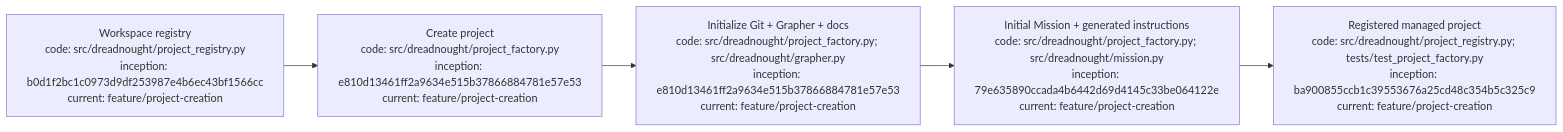
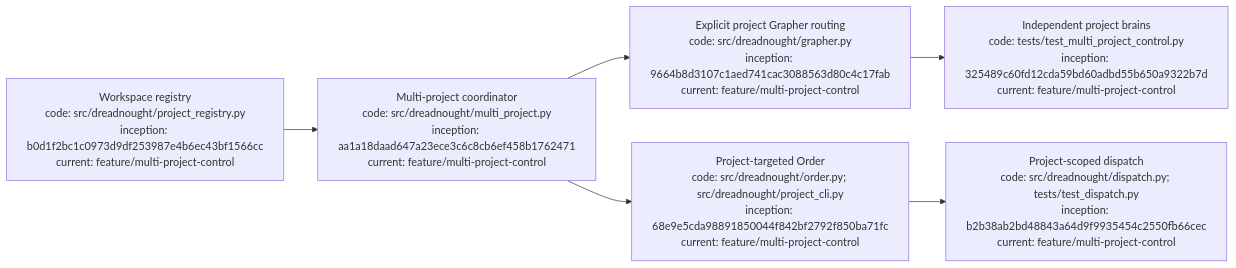
The diagram in docs/PROJECTS.md (seanbman/dreadnought), drawn with Mermaid before and after one commit. The commit also changed other lines of this file, not shown here.

Commit message:
docs: document synchronous multi-project control

````diff
--- a/docs/PROJECTS.md
+++ b/docs/PROJECTS.md
@@ -77,7 +111,8 @@
 ```mermaid
 flowchart LR
-    W["Workspace registry\ncode: src/dreadnought/project_registry.py\ninception: b0d1f2bc1c0973d9df253987e4b6ec43bf1566cc\ncurrent: feature/project-creation"] --> C["Create project\ncode: src/dreadnought/project_factory.py\ninception: e810d13461ff2a9634e515b37866884781e57e53\ncurrent: feature/project-creation"]
-    C --> G["Initialize Git + Grapher + docs\ncode: src/dreadnought/project_factory.py; src/dreadnought/grapher.py\ninception: e810d13461ff2a9634e515b37866884781e57e53\ncurrent: feature/project-creation"]
-    G --> M["Initial Mission + generated instructions\ncode: src/dreadnought/project_factory.py; src/dreadnought/mission.py\ninception: 79e635890ccada4b6442d69d4145c33be064122e\ncurrent: feature/project-creation"]
-    M --> R["Registered managed project\ncode: src/dreadnought/project_registry.py; tests/test_project_factory.py\ninception: ba900855ccb1c39553676a25cd48c354b5c325c9\ncurrent: feature/project-creation"]
+    W["Workspace registry\ncode: src/dreadnought/project_registry.py\ninception: b0d1f2bc1c0973d9df253987e4b6ec43bf1566cc\ncurrent: feature/multi-project-control"] --> C["Multi-project coordinator\ncode: src/dreadnought/multi_project.py\ninception: aa1a18daad647a23ece3c6c8cb6ef458b1762471\ncurrent: feature/multi-project-control"]
+    C --> G["Explicit project Grapher routing\ncode: src/dreadnought/grapher.py\ninception: 9664b8d3107c1aed741cac3088563d80c4c17fab\ncurrent: feature/multi-project-control"]
+    C --> O["Project-targeted Order\ncode: src/dreadnought/order.py; src/dreadnought/project_cli.py\ninception: 68e9e5cda98891850044f842bf2792f850ba71fc\ncurrent: feature/multi-project-control"]
+    O --> D["Project-scoped dispatch\ncode: src/dreadnought/dispatch.py; tests/test_dispatch.py\ninception: b2b38ab2bd48843a64d9f9935454c2550fb66cec\ncurrent: feature/multi-project-control"]
+    G --> V["Independent project brains\ncode: tests/test_multi_project_control.py\ninception: 325489c60fd12cda59bd60adbd55b650a9322b7d\ncurrent: feature/multi-project-control"]
 ```
````
